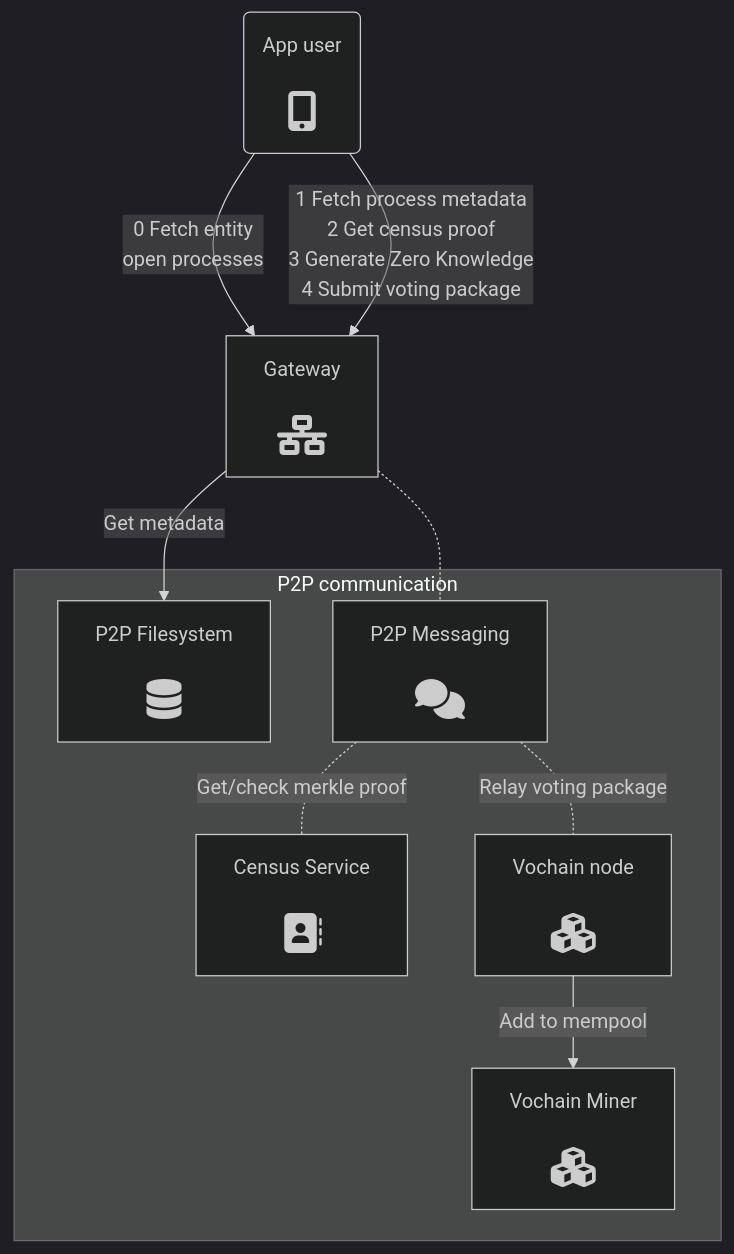
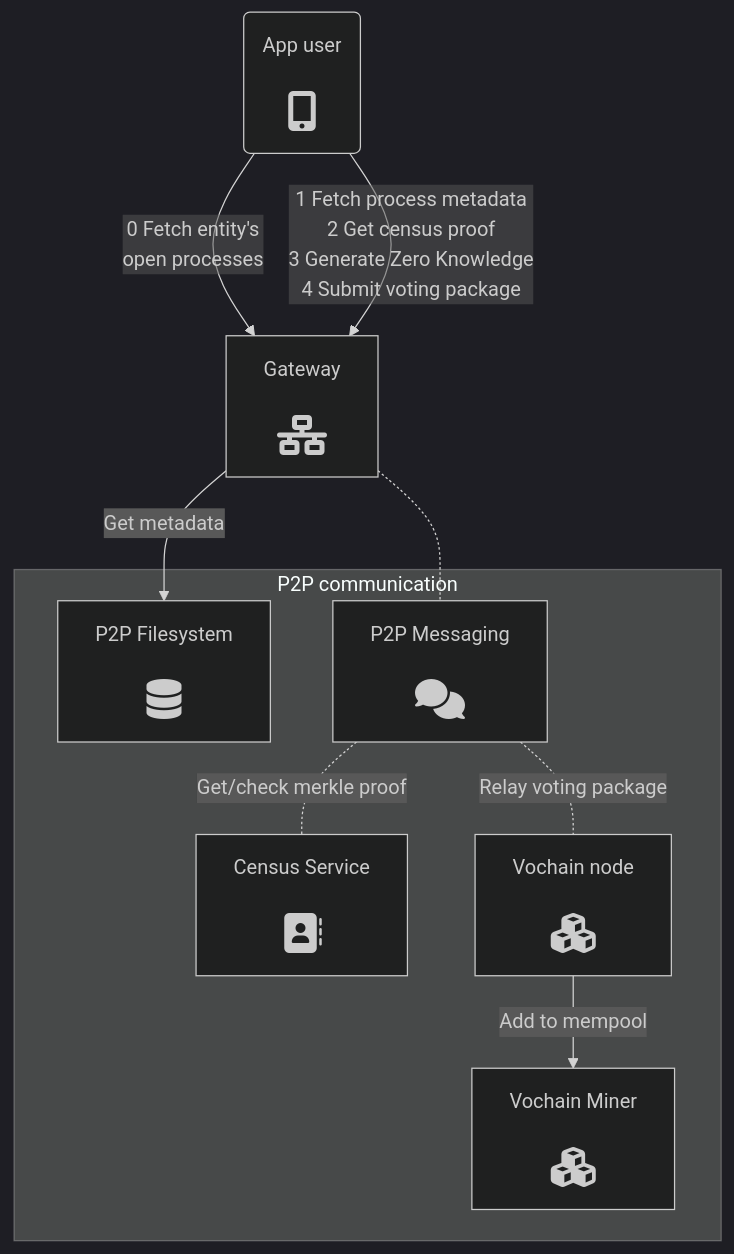
Before and after one commit to vocdoni/docs: the second of 3 diagrams in src/architecture/process-overview.md, drawn with Mermaid (dark theme). The commit also changed 1 other file, not shown here.

Commit message:
Touch up process overview graphs

````diff
--- a/src/architecture/process-overview.md
+++ b/src/architecture/process-overview.md
@@ -54,28 +54,28 @@
 ```mermaid
+
 graph TD
-
 APP(<center>App user<br/><br/><i class='fa fa-2x fa-mobile-alt'/></center>)
 DATA[<center>P2P Filesystem<br/><br/><i class='fa fa-2x fa-database'/></center>]
 GW[<center>Gateway<br/><br/><i class='fa fa-2x fa-network-wired'/></center>]
 PSS[<center>P2P Messaging<br/><br/><i class='fa fa-2x fa-comments'/></center>]
 CS[<center>Census Service<br/><br/><i class='fa fa-2x fa-address-book'/></center>]
 VN[<center>Vochain node<br/><br/><i class='fa fa-2x fa-cubes'/></center>]
 VM[<center>Vochain Miner<br/><br/><i class='fa fa-2x fa-cubes'/></center>]
 
-APP --> |<center>0 Fetch entity <br/>open processes</center>| GW
+APP --> |<center>0 Fetch entity's <br/>open processes</center>| GW
 APP -->|<center>1 Fetch process metadata<br/>2 Get census proof<br/>3 Generate Zero Knowledge<br/>4 Submit voting package</center>| GW
-GW -->|<center>Get metadata</center>|DATA
+GW -->|Get metadata|DATA
 GW -.- PSS
 PSS -.-|Get/check merkle proof|CS
 PSS -.-|Relay voting package|VN
 VN -->|Add to mempool|VM
 
 subgraph P2P communication
 	VM
 	DATA
 	PSS
 	VN
 	CS
 end
 
 ```
````
